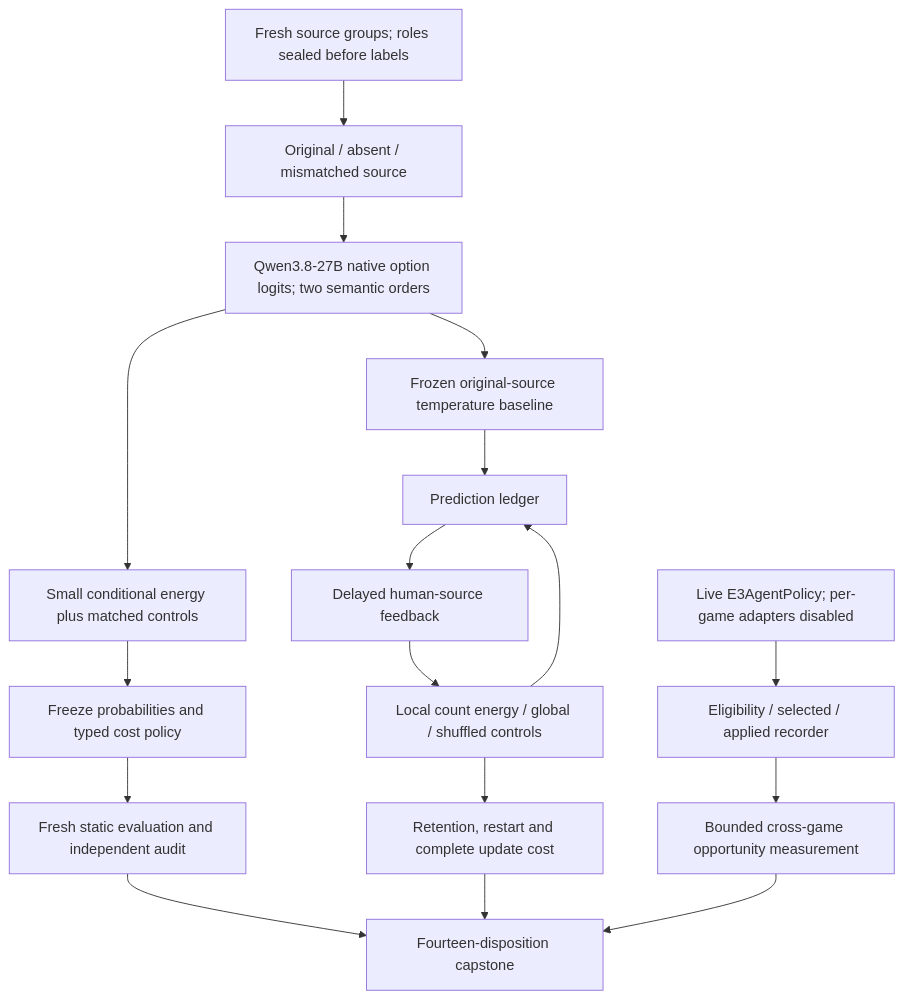
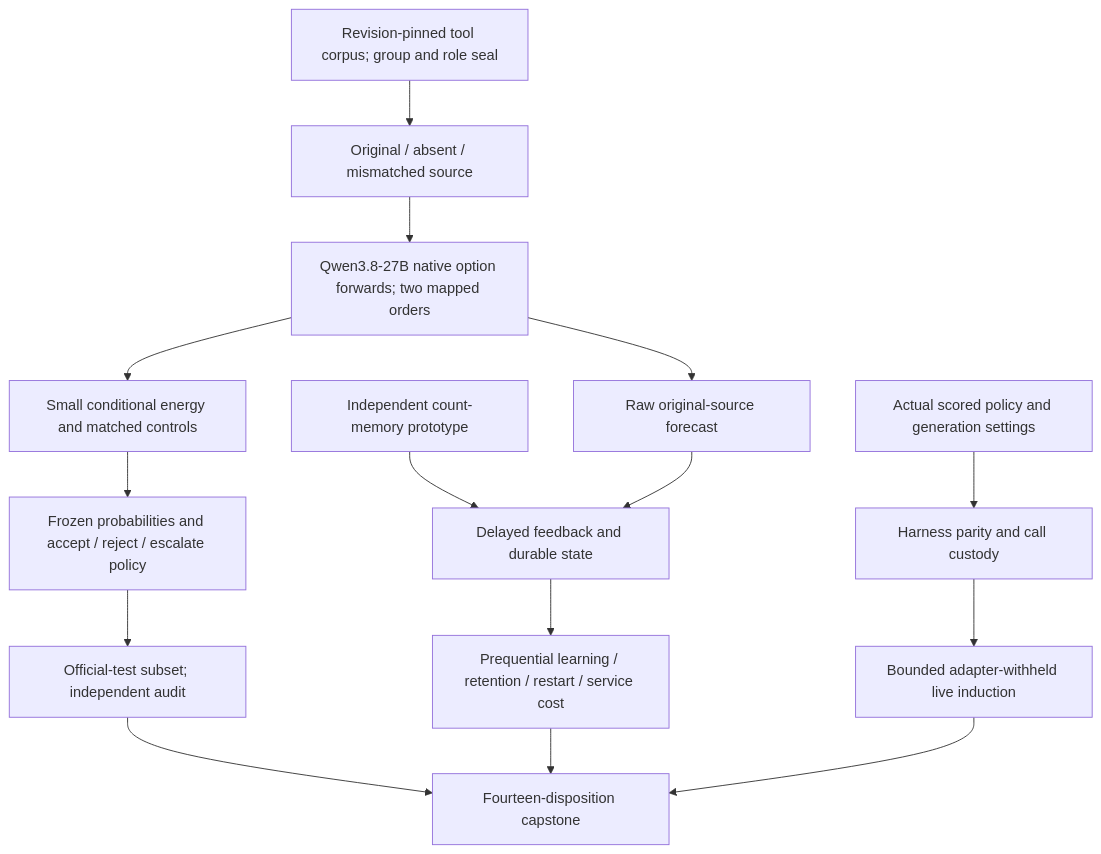
The diagram in openspec/change-proposals/research-roadmap-vNEXT.md (Carnot-EBM/carnot-ebm), drawn with Mermaid before and after one commit. The commit also changed other lines of this file and 15 other files, not shown here.

````diff
--- a/openspec/change-proposals/research-roadmap-vNEXT.md
+++ b/openspec/change-proposals/research-roadmap-vNEXT.md
@@ -76,19 +80,17 @@
 ```mermaid
 flowchart TD
-    A[Fresh source groups; roles sealed before labels] --> B[Original / absent / mismatched source]
-    B --> C[Qwen3.8-27B native option logits; two semantic orders]
-    C --> D[Small conditional energy plus matched controls]
-    D --> E[Freeze probabilities and typed cost policy]
-    E --> F[Fresh static evaluation and independent audit]
-    C --> G[Frozen original-source temperature baseline]
-    G --> H[Prediction ledger]
-    H --> I[Delayed human-source feedback]
-    I --> J[Local count energy / global / shuffled controls]
-    J --> H
-    J --> K[Retention, restart and complete update cost]
-    L[Live E3AgentPolicy; per-game adapters disabled] --> M[Eligibility / selected / applied recorder]
-    M --> N[Bounded cross-game opportunity measurement]
-    F --> O[Fourteen-disposition capstone]
-    K --> O
-    N --> O
+    A[Revision-pinned tool corpus; group and role seal] --> B[Original / absent / mismatched source]
+    B --> C[Qwen3.8-27B native option forwards; two mapped orders]
+    C --> D[Small conditional energy and matched controls]
+    D --> E[Frozen probabilities and accept / reject / escalate policy]
+    E --> F[Official-test subset; independent audit]
+    C --> G[Raw original-source forecast]
+    H[Independent count-memory prototype] --> I[Delayed feedback and durable state]
+    G --> I
+    I --> J[Prequential learning / retention / restart / service cost]
+    K[Actual scored policy and generation settings] --> L[Harness parity and call custody]
+    L --> M[Bounded adapter-withheld live induction]
+    F --> N[Fourteen-disposition capstone]
+    J --> N
+    M --> N
 ```
````
